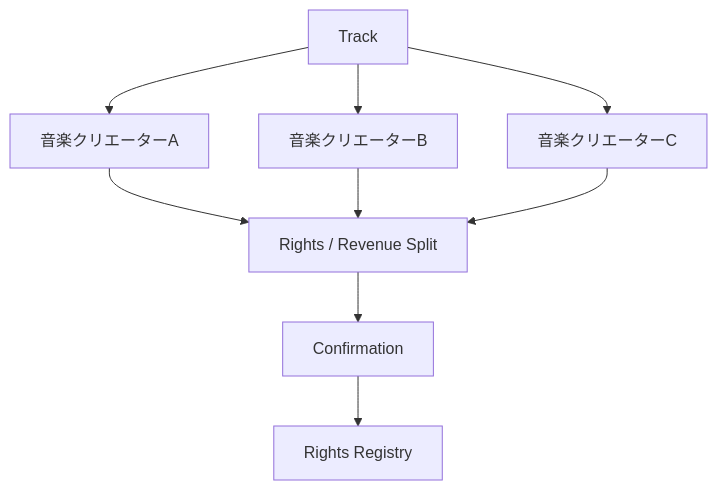
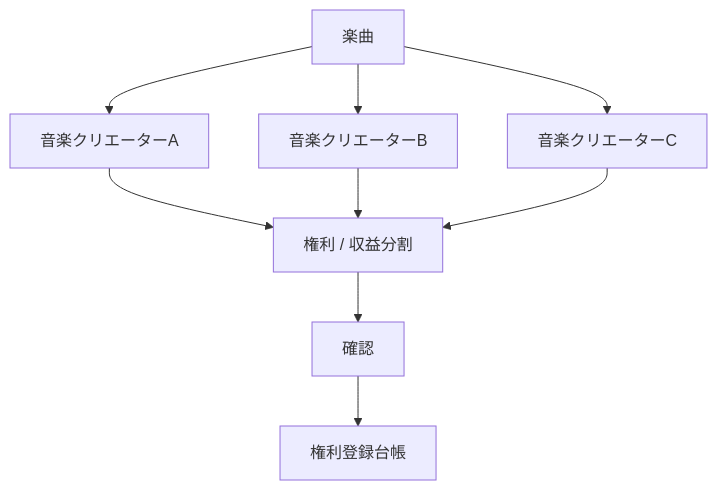
The tenth of 29 diagrams in docs/whitepaper/05-creator-onboarding.md (ShigeichiroYamasaki/creator-first-platform), drawn with Mermaid before and after one commit. The commit also changed other lines of this file and 72 other files, not shown here.

````diff
--- a/docs/whitepaper/05-creator-onboarding.md
+++ b/docs/whitepaper/05-creator-onboarding.md
@@ -337,15 +337,15 @@
 ```mermaid
 flowchart TD
-    TRACK[Track]
+    TRACK[楽曲]
 
     TRACK --> A[音楽クリエーターA]
     TRACK --> B[音楽クリエーターB]
     TRACK --> C[音楽クリエーターC]
 
-    A --> SPLIT[Rights / Revenue Split]
+    A --> SPLIT[権利 / 収益分割]
     B --> SPLIT
     C --> SPLIT
 
-    SPLIT --> CONFIRM[Confirmation]
-    CONFIRM --> REG[Rights Registry]
+    SPLIT --> CONFIRM[確認]
+    CONFIRM --> REG[権利登録台帳]
 ```
````
